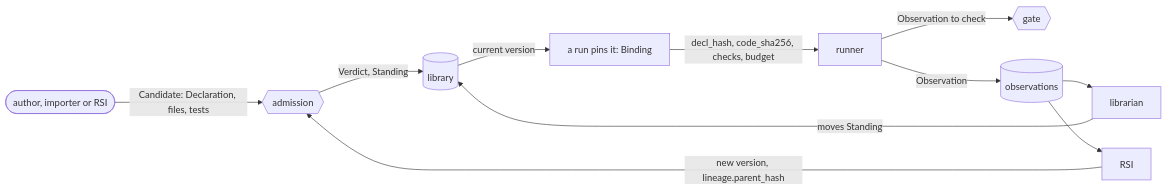
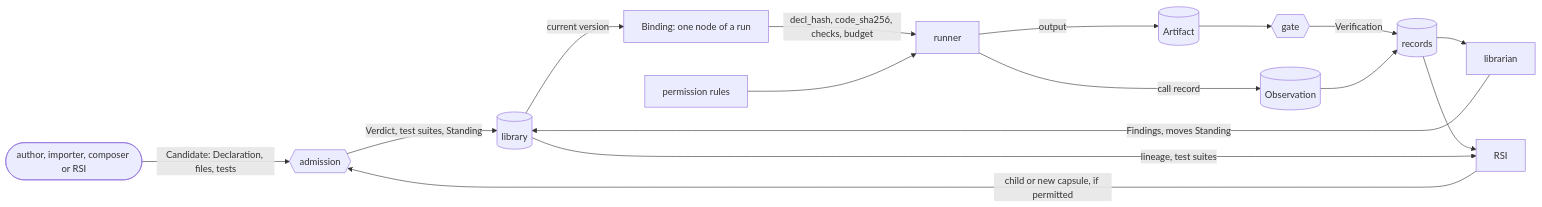
The diagram in docs/architecture/capsule/capsule.md (Stellven/jiuwenswarm), drawn with Mermaid before and after one commit. The commit also changed other lines of this file and 32 other files, not shown here.

````diff
--- a/docs/architecture/capsule/capsule.md
+++ b/docs/architecture/capsule/capsule.md
@@ -64,13 +112,18 @@
 ```mermaid
 flowchart LR
-    AU([author, importer or RSI]) -->|Candidate: Declaration, files, tests| ADM{{admission}}
-    ADM -->|Verdict, Standing| LIB[(library)]
-    LIB -->|current version| BND[a run pins it: Binding]
+    AU([author, importer, composer or RSI]) -->|Candidate: Declaration, files, tests| ADM{{admission}}
+    ADM -->|Verdict, test suites, Standing| LIB[(library)]
+    LIB -->|current version| BND[Binding: one node of a run]
     BND -->|decl_hash, code_sha256, checks, budget| RU[runner]
-    RU -->|Observation to check| GT{{gate}}
-    RU -->|Observation| OBS[(observations)]
-    OBS --> LBR[librarian]
-    LBR -->|moves Standing| LIB
-    OBS --> RSI[RSI]
-    RSI -->|new version, lineage.parent_hash| ADM
+    PERM[permission rules] --> RU
+    RU -->|output| ART[(Artifact)]
+    RU -->|call record| OBS[(Observation)]
+    ART --> GT{{gate}}
+    GT -->|Verification| LOG[(records)]
+    OBS --> LOG
+    LOG --> LBR[librarian]
+    LBR -->|Findings, moves Standing| LIB
+    LOG --> RSI[RSI]
+    LIB -->|lineage, test suites| RSI
+    RSI -->|child or new capsule, if permitted| ADM
 ```
````
